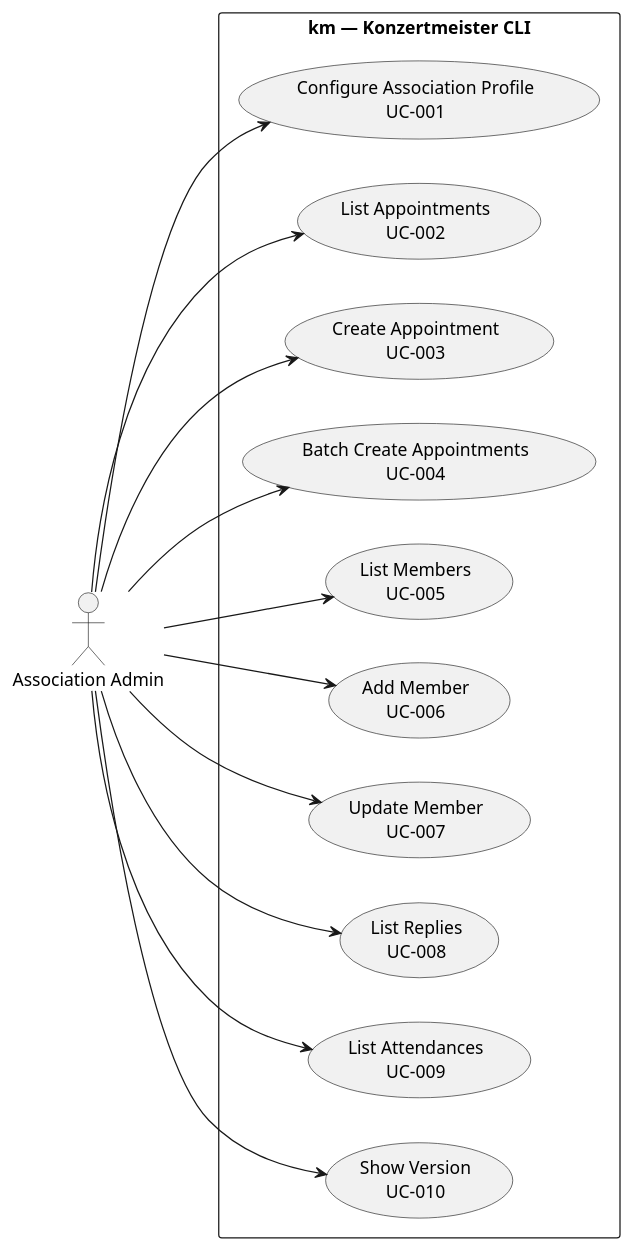
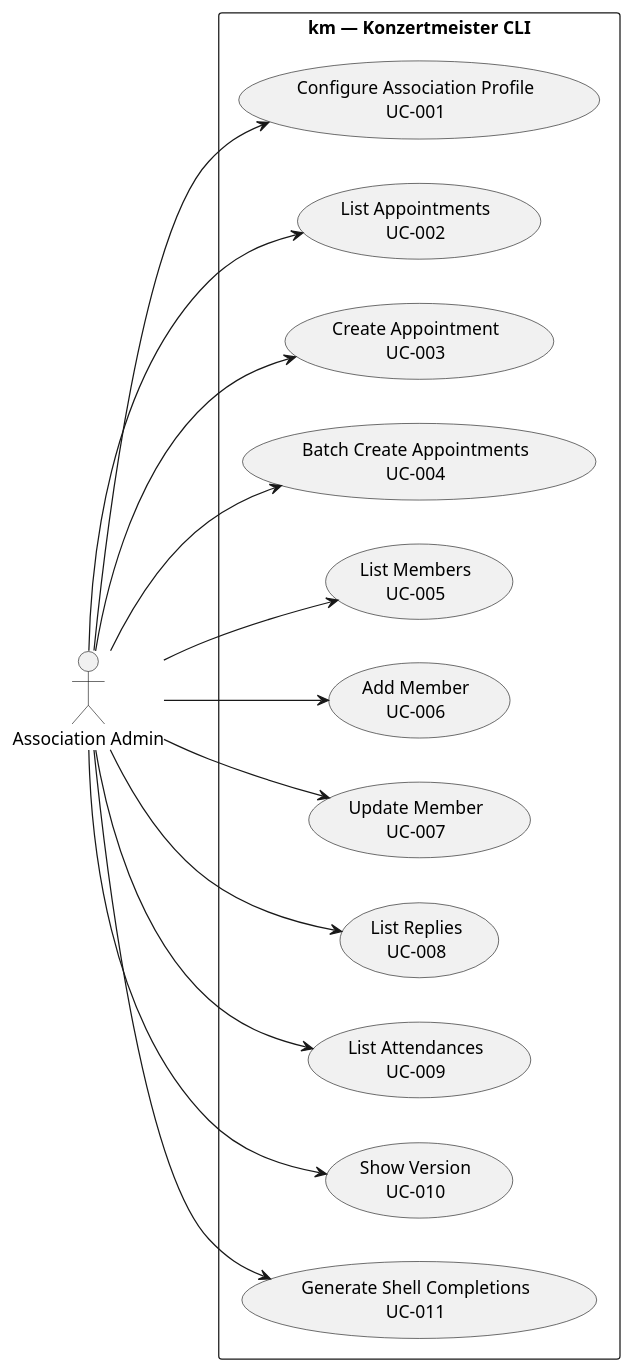
Before and after one commit to nikbucher/konzertmeister-cli: the diagram in docs/use_cases.puml, drawn with PlantUML. The commit also changed 7 other files, not shown here.

First line of the commit message:
docs: specify shell completions as UC-011

```diff
--- a/docs/use_cases.puml
+++ b/docs/use_cases.puml
@@ -1,30 +1,32 @@
 @startuml Use Cases Overview
 left to right direction
 
 actor "Association Admin" as admin
 
 rectangle "km — Konzertmeister CLI" {
     usecase "Configure Association Profile\nUC-001" as UC001
     usecase "List Appointments\nUC-002" as UC002
     usecase "Create Appointment\nUC-003" as UC003
     usecase "Batch Create Appointments\nUC-004" as UC004
     usecase "List Members\nUC-005" as UC005
     usecase "Add Member\nUC-006" as UC006
     usecase "Update Member\nUC-007" as UC007
     usecase "List Replies\nUC-008" as UC008
     usecase "List Attendances\nUC-009" as UC009
     usecase "Show Version\nUC-010" as UC010
+    usecase "Generate Shell Completions\nUC-011" as UC011
 }
 
 admin --> UC001
 admin --> UC002
 admin --> UC003
 admin --> UC004
 admin --> UC005
 admin --> UC006
 admin --> UC007
 admin --> UC008
 admin --> UC009
 admin --> UC010
+admin --> UC011
 
 @enduml
```
